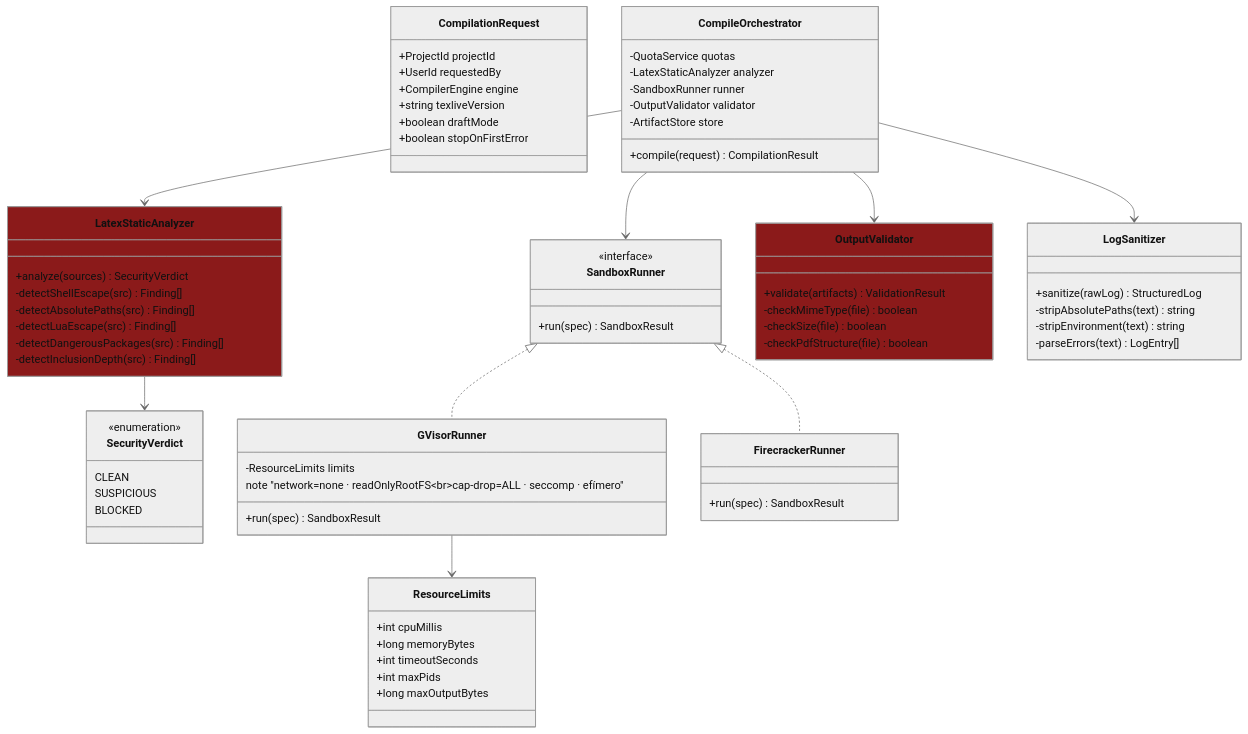
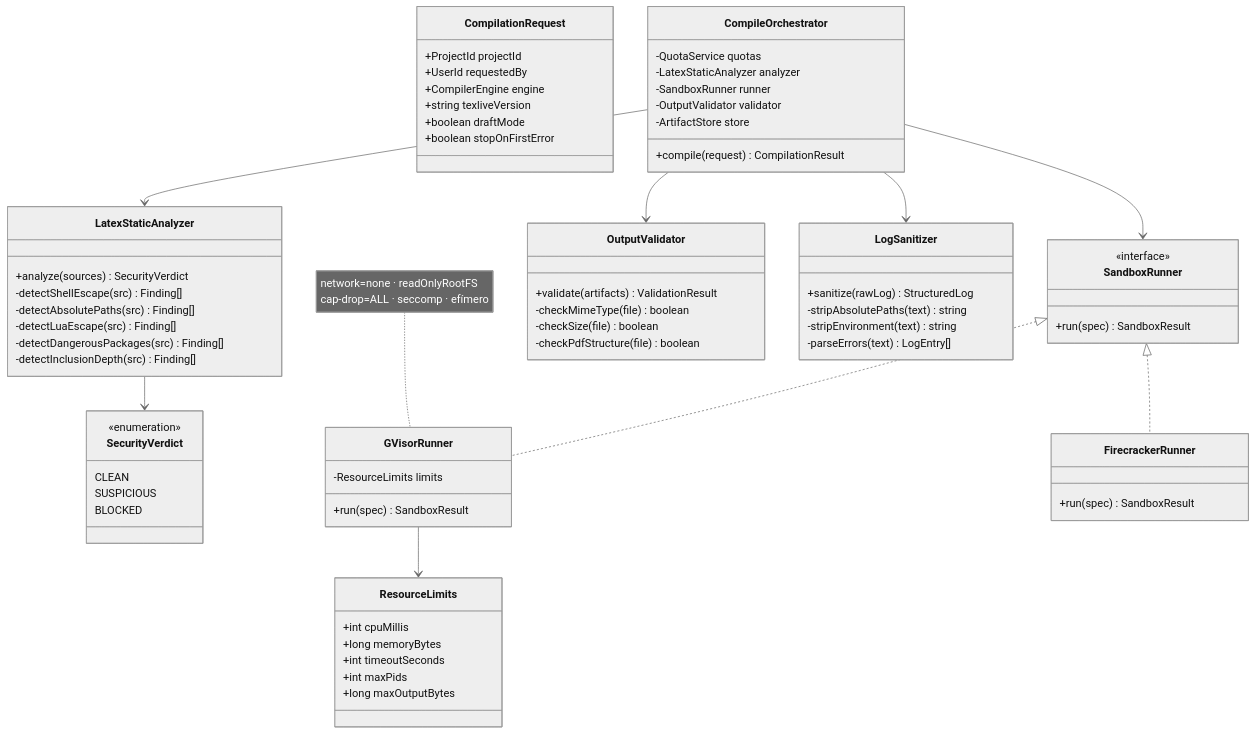
The fourth of 22 diagrams in docs/docs/08-Diagramas-UML.md (SecurTex-Devs/securetex), drawn with Mermaid (neutral theme) before and after one commit. The commit also changed other lines of this file and 5 other files, not shown here.

Commit message:
fix(docs): valida diagramas y registra la revisión local

````diff
--- a/docs/docs/08-Diagramas-UML.md
+++ b/docs/docs/08-Diagramas-UML.md
@@ -298,8 +298,8 @@
     class GVisorRunner {
         -ResourceLimits limits
         +run(spec) SandboxResult
-        note "network=none · readOnlyRootFS<br/>cap-drop=ALL · seccomp · efímero"
     }
+    note for GVisorRunner "network=none · readOnlyRootFS<br/>cap-drop=ALL · seccomp · efímero"
     class FirecrackerRunner {
         +run(spec) SandboxResult
     }
@@ -335,6 +335,5 @@
     SandboxRunner <|.. FirecrackerRunner
     GVisorRunner --> ResourceLimits
 
-    style LatexStaticAnalyzer fill:#8b1a1a
-    style OutputValidator fill:#8b1a1a
+    cssClass "LatexStaticAnalyzer,OutputValidator" security
 ```
````
